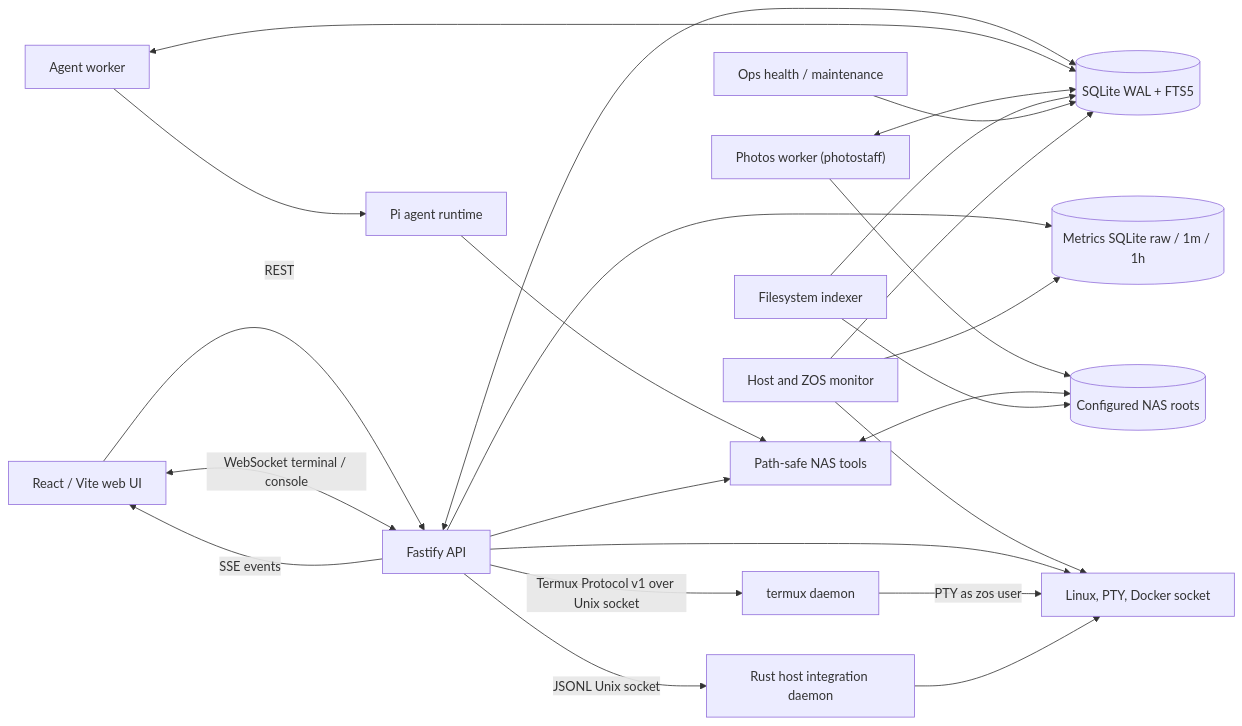
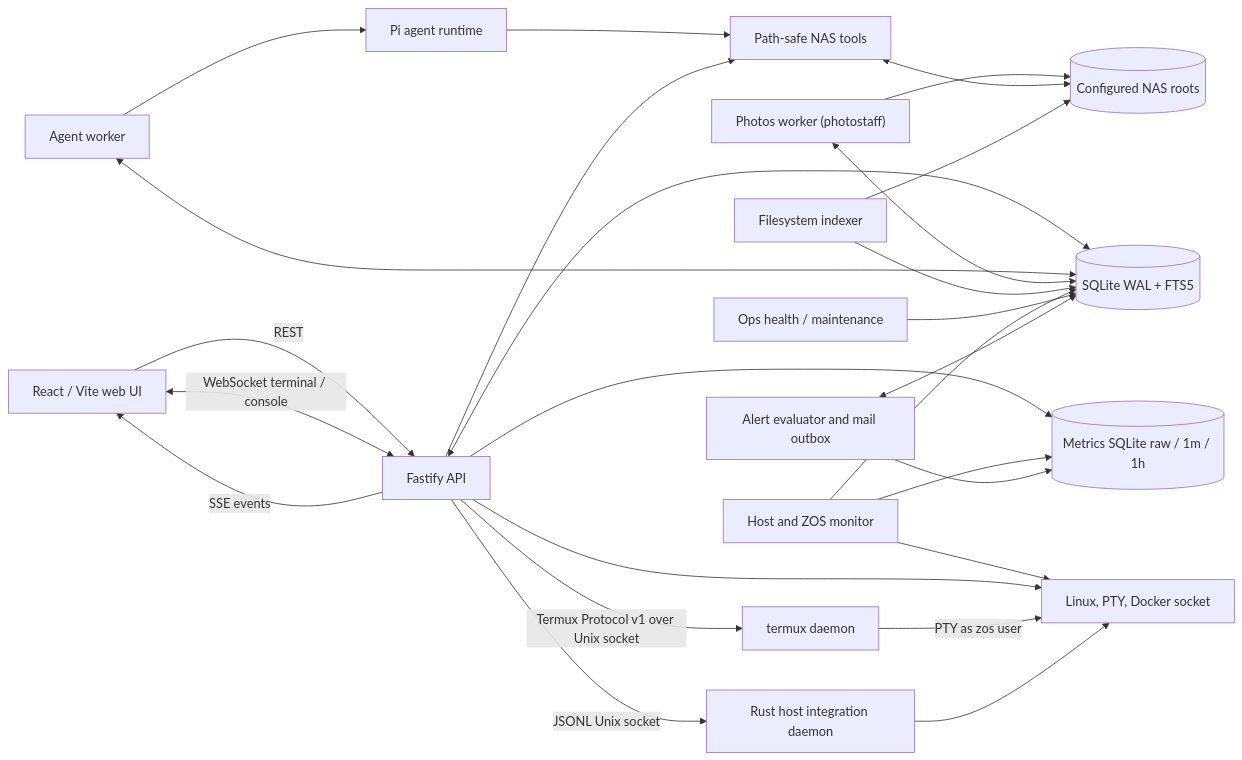
One commit to zhubby/CyberOS changed the diagram in README.md. Above: the diagram before and after it, drawn with Mermaid. The commit also changed other lines of this file and 108 other files, not shown here.

````diff
--- a/README.md
+++ b/README.md
@@ -76,41 +76,44 @@
 ```mermaid
 flowchart LR
   Browser["React / Vite web UI"]
   API["Fastify API"]
   DB[("SQLite WAL + FTS5")]
   Metrics[("Metrics SQLite raw / 1m / 1h")]
   Worker["Agent worker"]
   PhotoWorker["Photos worker (photostaff)"]
   Agent["Pi agent runtime"]
   Indexer["Filesystem indexer"]
   Ops["Ops health / maintenance"]
   Monitor["Host and ZOS monitor"]
+  Alerter["Alert evaluator and mail outbox"]
   Tools["Path-safe NAS tools"]
   Roots[("Configured NAS roots")]
   Host["Linux, PTY, Docker socket"]
   Hostd["Rust host integration daemon"]
 
   Browser -->|REST| API
   API -->|SSE events| Browser
   Browser <-->|WebSocket terminal / console| API
   API <--> DB
   API --> Metrics
   Worker <--> DB
   Worker --> Agent
   PhotoWorker <--> DB
   PhotoWorker --> Roots
   Agent --> Tools
   API --> Tools
   Tools <--> Roots
   Indexer --> Roots
   Indexer --> DB
   Ops --> DB
   Monitor --> Metrics
   Monitor --> DB
   Monitor --> Host
+  Alerter --> Metrics
+  Alerter <--> DB
   API --> Host
   API -->|Termux Protocol v1 over Unix socket| Termux[termux daemon]
   Termux -->|PTY as zos user| Host
   API -->|JSONL Unix socket| Hostd
   Hostd --> Host
 ```
````
